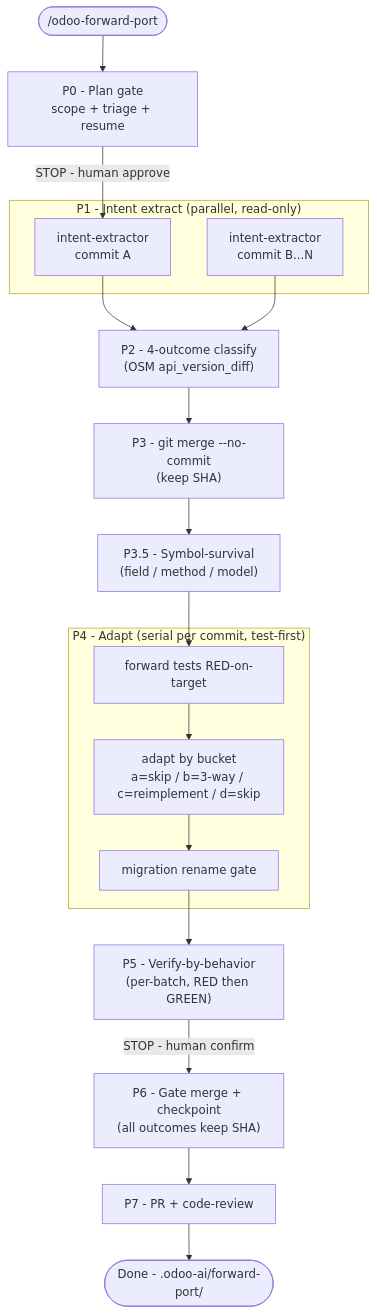
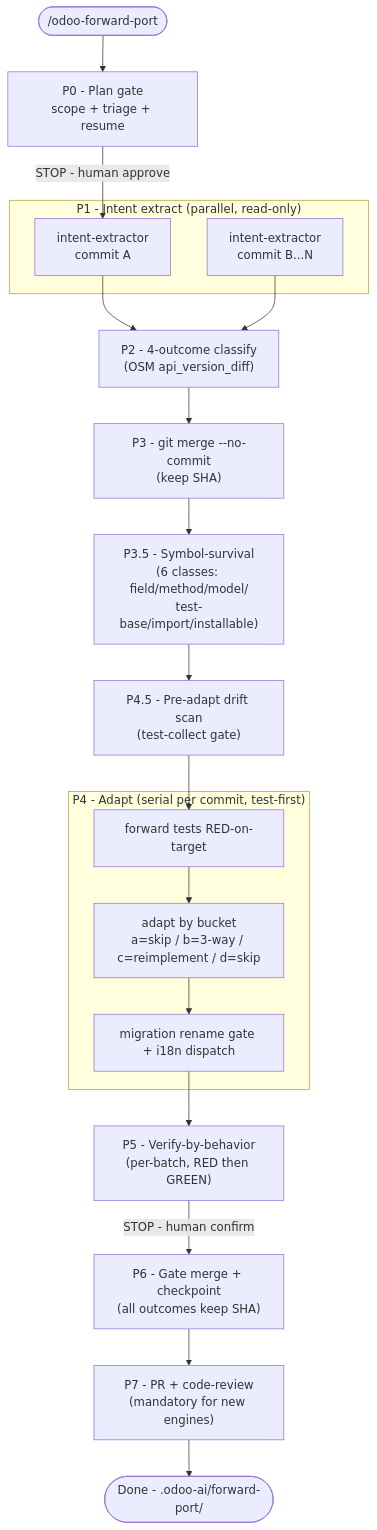
One commit to Viindoo/odoo-mcp-client changed the fourth of 4 diagrams in plugins/odoo-ai-agents/README.md. Above: the diagram before and after it, drawn with Mermaid. The commit also changed other lines of this file and 29 other files, not shown here.

````diff
--- a/plugins/odoo-ai-agents/README.md
+++ b/plugins/odoo-ai-agents/README.md
@@ -367,27 +280,28 @@
 ```mermaid
 flowchart TD
     START(["/odoo-forward-port"])
     START --> P0["P0 - Plan gate<br/>scope + triage + resume"]
     P0 -->|"STOP - human approve"| IE1
 
     subgraph P1_grp["P1 - Intent extract (parallel, read-only)"]
         IE1["intent-extractor<br/>commit A"]
         IE2["intent-extractor<br/>commit B...N"]
     end
 
     IE1 --> P2["P2 - 4-outcome classify<br/>(OSM api_version_diff)"]
     IE2 --> P2
     P2 --> P3["P3 - git merge --no-commit<br/>(keep SHA)"]
-    P3 --> P35["P3.5 - Symbol-survival<br/>(field / method / model)"]
+    P3 --> P35["P3.5 - Symbol-survival<br/>(6 classes: field/method/model/<br/>test-base/import/installable)"]
+    P35 --> P45["P4.5 - Pre-adapt drift scan<br/>(test-collect gate)"]
 
     subgraph P4_grp["P4 - Adapt (serial per commit, test-first)"]
         PA["forward tests RED-on-target"] --> PB["adapt by bucket<br/>a=skip / b=3-way / c=reimplement / d=skip"]
-        PB --> PC["migration rename gate"]
+        PB --> PC["migration rename gate + i18n dispatch"]
     end
 
-    P35 --> PA
+    P45 --> PA
     PC --> P5["P5 - Verify-by-behavior<br/>(per-batch, RED then GREEN)"]
     P5 -->|"STOP - human confirm"| P6["P6 - Gate merge + checkpoint<br/>(all outcomes keep SHA)"]
-    P6 --> P7["P7 - PR + code-review"]
+    P6 --> P7["P7 - PR + code-review<br/>(mandatory for new engines)"]
     P7 --> DONE(["Done - .odoo-ai/forward-port/"])
 ```
````
